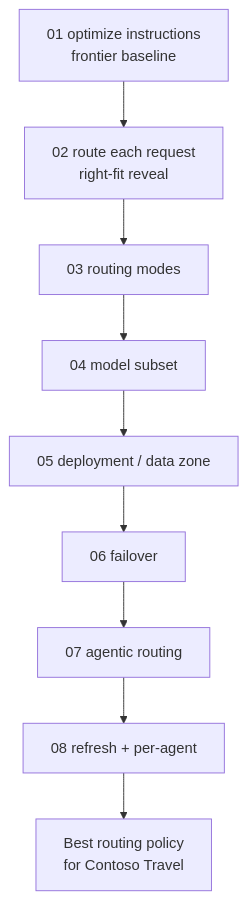
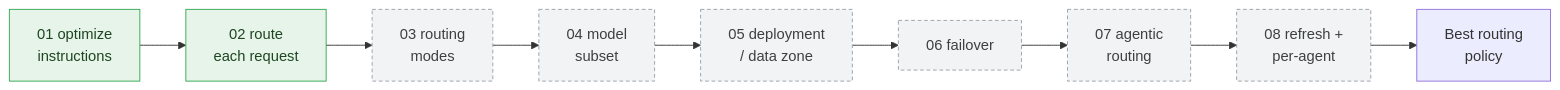
One commit to nitya/model-releases changed the first of 2 diagrams in models/model-router/aug-2026/README.md. Above: the diagram before and after it, drawn with Mermaid. The commit also changed other lines of this file and 9 other files, not shown here.

````diff
--- a/models/model-router/aug-2026/README.md
+++ b/models/model-router/aug-2026/README.md
@@ -121,11 +98,8 @@
 ```mermaid
-flowchart TD
-    N1[01 optimize instructions<br/>frontier baseline] --> N2[02 route each request<br/>right-fit reveal]
-    N2 --> N3[03 routing modes]
-    N3 --> N4[04 model subset]
-    N4 --> N5[05 deployment / data zone]
-    N5 --> N6[06 failover]
-    N6 --> N7[07 agentic routing]
-    N7 --> N8[08 refresh + per-agent]
-    N8 --> Best[Best routing policy<br/>for Contoso Travel]
+flowchart LR
+    N1[01 optimize<br/>instructions] --> N2[02 route<br/>each request] --> N3[03 routing<br/>modes] --> N4[04 model<br/>subset] --> N5[05 deployment<br/>/ data zone] --> N6[06 failover] --> N7[07 agentic<br/>routing] --> N8[08 refresh +<br/>per-agent] --> Best[Best routing<br/>policy]
+    classDef built fill:#e6f4ea,stroke:#34a853,color:#1e4620;
+    classDef upcoming fill:#f1f3f4,stroke:#9aa0a6,color:#3c4043,stroke-dasharray:4 3;
+    class N1,N2 built;
+    class N3,N4,N5,N6,N7,N8 upcoming;
 ```
````
